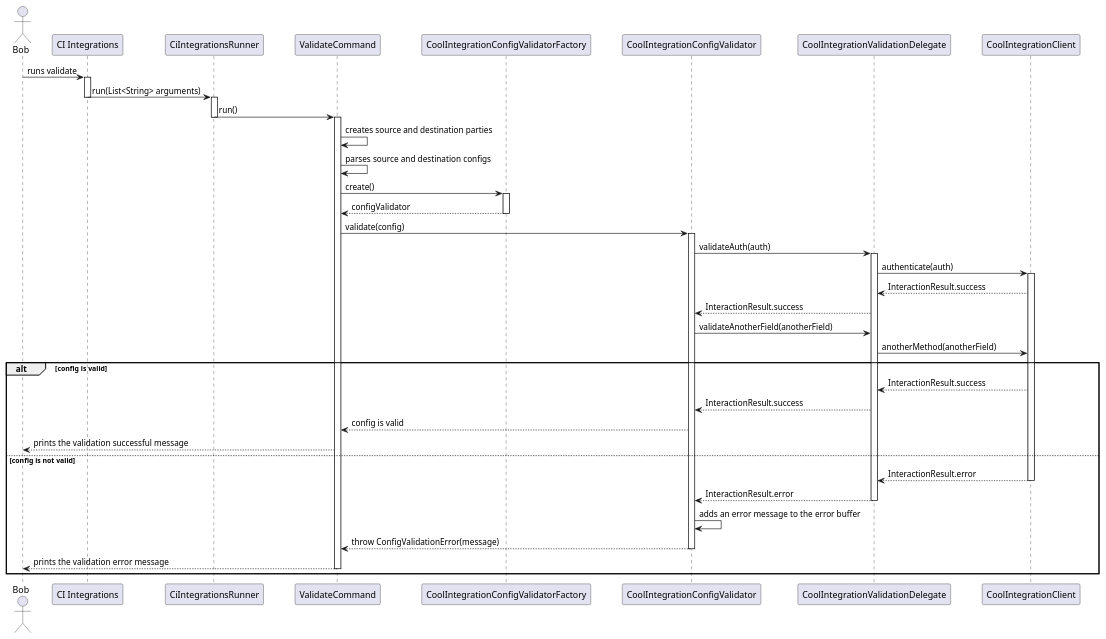
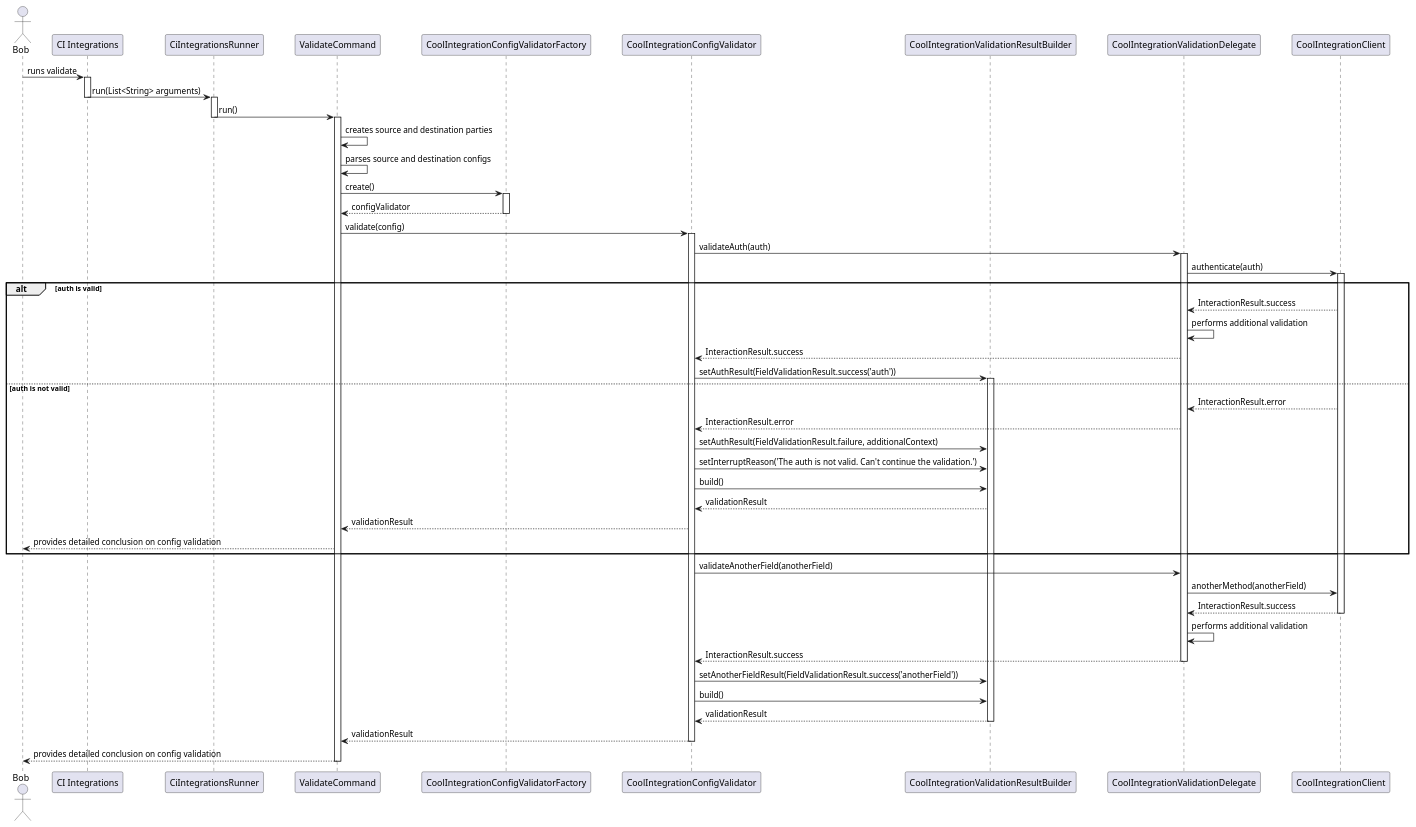
Before and after one commit to Flank/flank-dashboard: the diagram in metrics/ci_integrations/docs/diagrams/ci_integrations_config_validator_sequence_diagram.puml, drawn with PlantUML. The commit also changed 4 other files, not shown here.

First line of the commit message:
docs: Update CI Integrations Config Validator design (#1065)

```diff
--- a/metrics/ci_integrations/docs/diagrams/ci_integrations_config_validator_sequence_diagram.puml
+++ b/metrics/ci_integrations/docs/diagrams/ci_integrations_config_validator_sequence_diagram.puml
@@ -1,77 +1,94 @@
 @startuml ci_integrations_config_validator_sequence_diagram
 
 skinparam ParticipantPadding 20
 skinparam BoxPadding 10
 
 actor Bob
 
 participant "CI Integrations"
 participant CiIntegrationsRunner
 participant ValidateCommand
 participant CoolIntegrationConfigValidatorFactory
 participant CoolIntegrationConfigValidator
+participant CoolIntegrationValidationResultBuilder
 participant CoolIntegrationValidationDelegate
 participant CoolIntegrationClient
 
 Bob -> "CI Integrations" : runs validate
 activate "CI Integrations"
 
 "CI Integrations" -> CiIntegrationsRunner: run(List<String> arguments)
 deactivate "CI Integrations"
 activate CiIntegrationsRunner
 
 CiIntegrationsRunner -> ValidateCommand: run()
 deactivate CiIntegrationsRunner
 activate ValidateCommand
 
 ValidateCommand -> ValidateCommand : creates source and destination parties
 ValidateCommand -> ValidateCommand : parses source and destination configs
 
 ValidateCommand -> CoolIntegrationConfigValidatorFactory : create()
 activate CoolIntegrationConfigValidatorFactory
 
 CoolIntegrationConfigValidatorFactory --> ValidateCommand : configValidator
 deactivate CoolIntegrationConfigValidatorFactory
 
 ValidateCommand -> CoolIntegrationConfigValidator : validate(config)
 activate CoolIntegrationConfigValidator
 
 CoolIntegrationConfigValidator -> CoolIntegrationValidationDelegate : validateAuth(auth)
 activate CoolIntegrationValidationDelegate
 
 CoolIntegrationValidationDelegate -> CoolIntegrationClient : authenticate(auth)
 activate  CoolIntegrationClient
 
-CoolIntegrationClient --> CoolIntegrationValidationDelegate : InteractionResult.success
-CoolIntegrationValidationDelegate --> CoolIntegrationConfigValidator : InteractionResult.success
+alt auth is valid
+
+    CoolIntegrationClient --> CoolIntegrationValidationDelegate : InteractionResult.success
+    CoolIntegrationValidationDelegate -> CoolIntegrationValidationDelegate : performs additional validation
+    CoolIntegrationValidationDelegate --> CoolIntegrationConfigValidator : InteractionResult.success
+    CoolIntegrationConfigValidator -> CoolIntegrationValidationResultBuilder : setAuthResult(FieldValidationResult.success('auth'))
+    activate CoolIntegrationValidationResultBuilder
+
+
+else auth is not valid
+
+    CoolIntegrationClient --> CoolIntegrationValidationDelegate : InteractionResult.error
+    CoolIntegrationValidationDelegate --> CoolIntegrationConfigValidator : InteractionResult.error
+    CoolIntegrationConfigValidator -> CoolIntegrationValidationResultBuilder : setAuthResult(FieldValidationResult.failure, additionalContext)
+    CoolIntegrationConfigValidator -> CoolIntegrationValidationResultBuilder : setInterruptReason('The auth is not valid. Can't continue the validation.')
+    CoolIntegrationConfigValidator -> CoolIntegrationValidationResultBuilder : build()
+    CoolIntegrationValidationResultBuilder --> CoolIntegrationConfigValidator : validationResult
+
+    CoolIntegrationConfigValidator --> ValidateCommand : validationResult
+    ValidateCommand --> Bob : provides detailed conclusion on config validation
+
+end
+
 
 CoolIntegrationConfigValidator -> CoolIntegrationValidationDelegate : validateAnotherField(anotherField)
 CoolIntegrationValidationDelegate -> CoolIntegrationClient : anotherMethod(anotherField)
 
-alt config is valid
+CoolIntegrationClient --> CoolIntegrationValidationDelegate : InteractionResult.success
+deactivate CoolIntegrationClient
 
-    CoolIntegrationClient --> CoolIntegrationValidationDelegate : InteractionResult.success
-    CoolIntegrationValidationDelegate --> CoolIntegrationConfigValidator : InteractionResult.success
+CoolIntegrationValidationDelegate -> CoolIntegrationValidationDelegate : performs additional validation
+CoolIntegrationValidationDelegate --> CoolIntegrationConfigValidator : InteractionResult.success
+deactivate CoolIntegrationValidationDelegate
 
-    CoolIntegrationConfigValidator --> ValidateCommand : config is valid
-    ValidateCommand --> Bob : prints the validation successful message
+CoolIntegrationConfigValidator -> CoolIntegrationValidationResultBuilder : setAnotherFieldResult(FieldValidationResult.success('anotherField'))
+CoolIntegrationConfigValidator -> CoolIntegrationValidationResultBuilder : build()
+CoolIntegrationValidationResultBuilder --> CoolIntegrationConfigValidator : validationResult
 
-else config is not valid
+deactivate CoolIntegrationValidationResultBuilder
 
-    CoolIntegrationClient --> CoolIntegrationValidationDelegate : InteractionResult.error
-    deactivate CoolIntegrationClient
+CoolIntegrationConfigValidator --> ValidateCommand : validationResult
 
-    CoolIntegrationValidationDelegate --> CoolIntegrationConfigValidator : InteractionResult.error
-    deactivate CoolIntegrationValidationDelegate
+deactivate CoolIntegrationConfigValidator
 
-    CoolIntegrationConfigValidator -> CoolIntegrationConfigValidator : adds an error message to the error buffer
+ValidateCommand --> Bob : provides detailed conclusion on config validation
 
-    CoolIntegrationConfigValidator --> ValidateCommand : throw ConfigValidationError(message)
-    deactivate CoolIntegrationConfigValidator
-
-    ValidateCommand --> Bob : prints the validation error message
-    deactivate ValidateCommand
-
-end
+deactivate ValidateCommand
 
 @enduml
```
